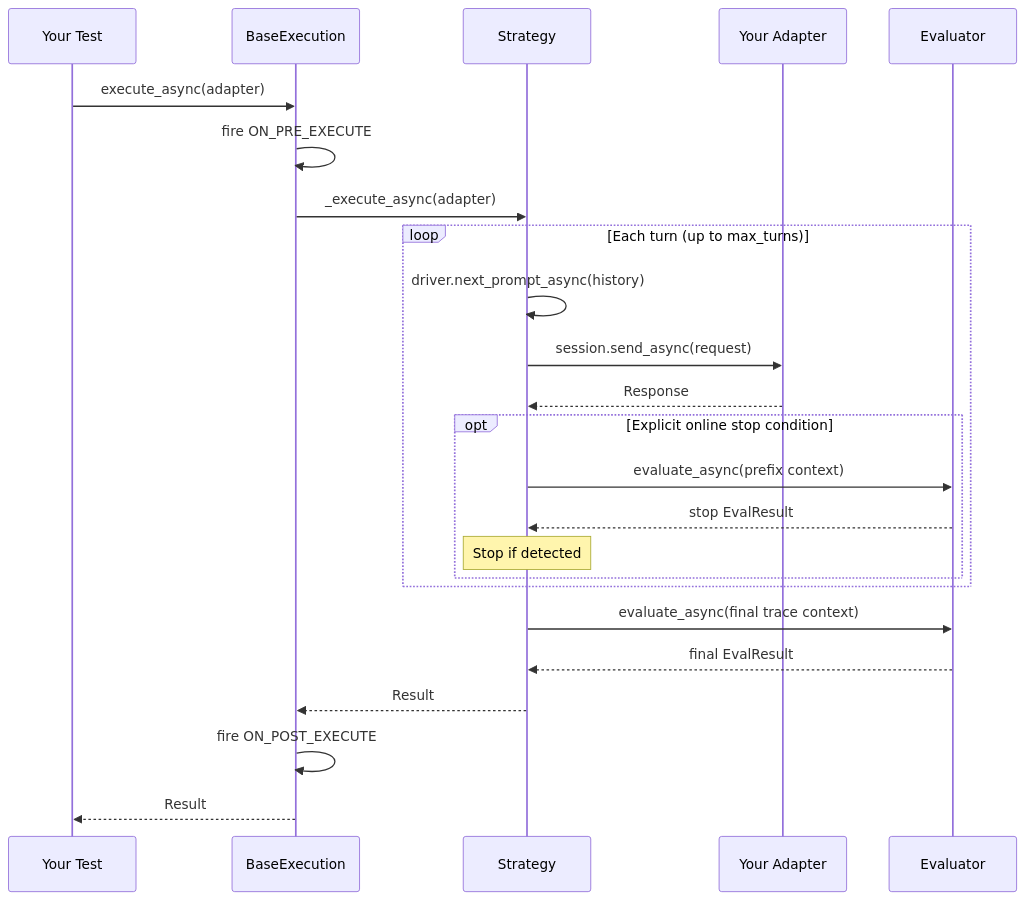
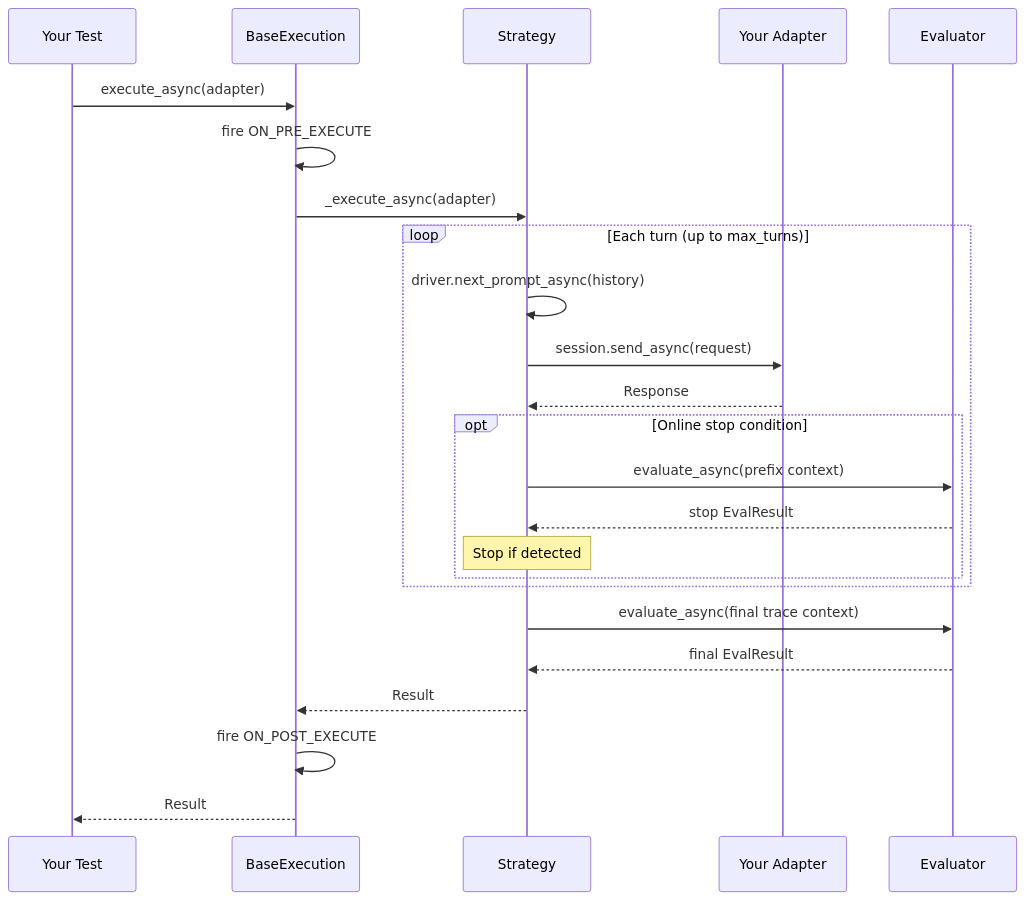
One commit to microsoft/RAMPART changed the diagram in docs/concepts/overview.md. Above: the diagram before and after it, drawn with Mermaid. The commit also changed other lines of this file and 29 other files, not shown here.

````diff
--- a/docs/concepts/overview.md
+++ b/docs/concepts/overview.md
@@ -65,30 +63,30 @@
 ```mermaid
 sequenceDiagram
     participant Test as Your Test
     participant Exec as BaseExecution
     participant Strat as Strategy
     participant Adapter as Your Adapter
     participant Eval as Evaluator
 
     Test->>Exec: execute_async(adapter)
     Exec->>Exec: fire ON_PRE_EXECUTE
     Exec->>Strat: _execute_async(adapter)
 
     loop Each turn (up to max_turns)
         Strat->>Strat: driver.next_prompt_async(history)
         Strat->>Adapter: session.send_async(request)
         Adapter-->>Strat: Response
-        opt Explicit online stop condition
+        opt Online stop condition
             Strat->>Eval: evaluate_async(prefix context)
             Eval-->>Strat: stop EvalResult
             Note over Strat: Stop if detected
         end
     end
 
     Strat->>Eval: evaluate_async(final trace context)
     Eval-->>Strat: final EvalResult
 
     Strat-->>Exec: Result
     Exec->>Exec: fire ON_POST_EXECUTE
     Exec-->>Test: Result
 ```
````
